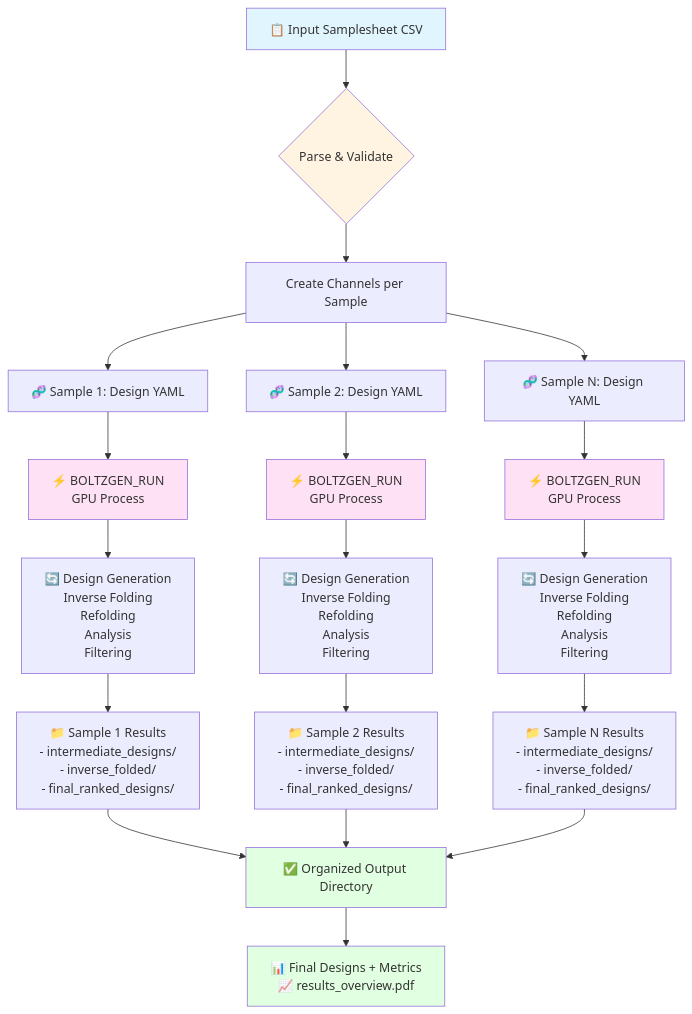
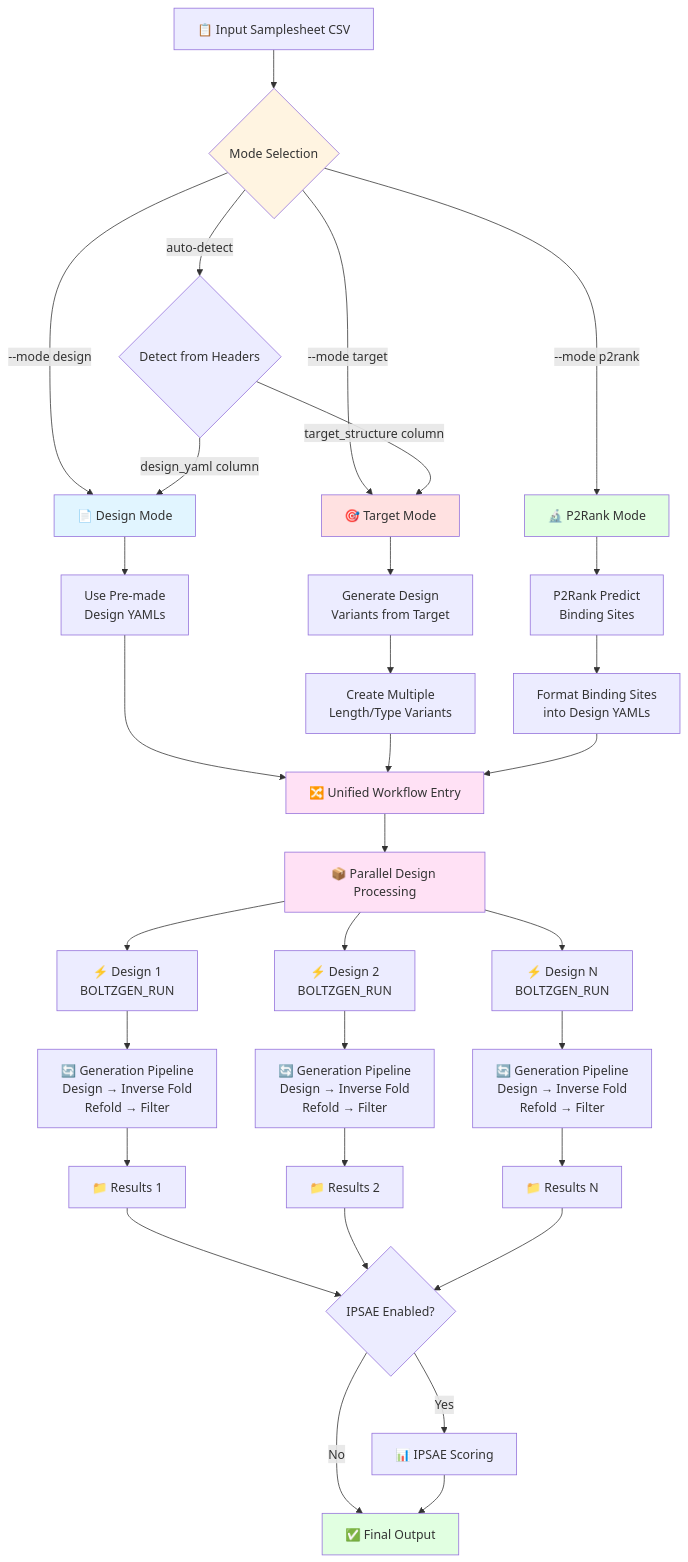
Before and after one commit to seqeralabs/nf-proteindesign: the diagram in README.md, drawn with Mermaid. The commit also changed other lines of this file and 7 other files, not shown here.

First line of the commit message:
Consolidate pipeline into unified workflow with mode-based entry points

````diff
--- a/README.md
+++ b/README.md
@@ -27,35 +27,52 @@
 ```mermaid
 flowchart TD
-    A[📋 Input Samplesheet CSV] --> B{Parse & Validate}
-    B --> C[Create Channels per Sample]
+    A[📋 Input Samplesheet CSV] --> B{Mode Selection}
+    B -->|--mode design| C1[📄 Design Mode]
+    B -->|--mode target| C2[🎯 Target Mode]
+    B -->|--mode p2rank| C3[🔬 P2Rank Mode]
+    B -->|auto-detect| C4{Detect from Headers}
     
-    C --> D1[🧬 Sample 1: Design YAML]
-    C --> D2[🧬 Sample 2: Design YAML]
-    C --> D3[🧬 Sample N: Design YAML]
+    C4 -->|design_yaml column| C1
+    C4 -->|target_structure column| C2
     
-    D1 --> E1[⚡ BOLTZGEN_RUN<br/>GPU Process]
-    D2 --> E2[⚡ BOLTZGEN_RUN<br/>GPU Process]
-    D3 --> E3[⚡ BOLTZGEN_RUN<br/>GPU Process]
+    C1 --> D1[Use Pre-made<br/>Design YAMLs]
+    C2 --> D2[Generate Design<br/>Variants from Target]
+    C3 --> D3[P2Rank Predict<br/>Binding Sites]
     
-    E1 --> F1[🔄 Design Generation<br/>Inverse Folding<br/>Refolding<br/>Analysis<br/>Filtering]
-    E2 --> F2[🔄 Design Generation<br/>Inverse Folding<br/>Refolding<br/>Analysis<br/>Filtering]
-    E3 --> F3[🔄 Design Generation<br/>Inverse Folding<br/>Refolding<br/>Analysis<br/>Filtering]
+    D2 --> D2a[Create Multiple<br/>Length/Type Variants]
+    D3 --> D3a[Format Binding Sites<br/>into Design YAMLs]
     
-    F1 --> G1[📁 Sample 1 Results<br/>- intermediate_designs/<br/>- inverse_folded/<br/>- final_ranked_designs/]
-    F2 --> G2[📁 Sample 2 Results<br/>- intermediate_designs/<br/>- inverse_folded/<br/>- final_ranked_designs/]
-    F3 --> G3[📁 Sample N Results<br/>- intermediate_designs/<br/>- inverse_folded/<br/>- final_ranked_designs/]
+    D1 --> E[🔀 Unified Workflow Entry]
+    D2a --> E
+    D3a --> E
     
-    G1 --> H[✅ Organized Output Directory]
-    G2 --> H
-    G3 --> H
+    E --> F[📦 Parallel Design Processing]
     
-    H --> I[📊 Final Designs + Metrics<br/>📈 results_overview.pdf]
+    F --> G1[⚡ Design 1<br/>BOLTZGEN_RUN]
+    F --> G2[⚡ Design 2<br/>BOLTZGEN_RUN]
+    F --> G3[⚡ Design N<br/>BOLTZGEN_RUN]
     
-    style A fill:#e1f5ff
+    G1 --> H1[🔄 Generation Pipeline<br/>Design → Inverse Fold<br/>Refold → Filter]
+    G2 --> H2[🔄 Generation Pipeline<br/>Design → Inverse Fold<br/>Refold → Filter]
+    G3 --> H3[🔄 Generation Pipeline<br/>Design → Inverse Fold<br/>Refold → Filter]
+    
+    H1 --> I1[📁 Results 1]
+    H2 --> I2[📁 Results 2]
+    H3 --> I3[📁 Results N]
+    
+    I1 --> J{IPSAE Enabled?}
+    I2 --> J
+    I3 --> J
+    
+    J -->|Yes| K[📊 IPSAE Scoring]
+    J -->|No| L
+    K --> L[✅ Final Output]
+    
     style B fill:#fff4e1
-    style E1 fill:#ffe1f5
-    style E2 fill:#ffe1f5
-    style E3 fill:#ffe1f5
-    style H fill:#e1ffe1
-    style I fill:#e1ffe1
+    style C1 fill:#e1f5ff
+    style C2 fill:#ffe1e1
+    style C3 fill:#e1ffe1
+    style E fill:#ffe1f5
+    style F fill:#ffe1f5
+    style L fill:#e1ffe1
 ```
````
